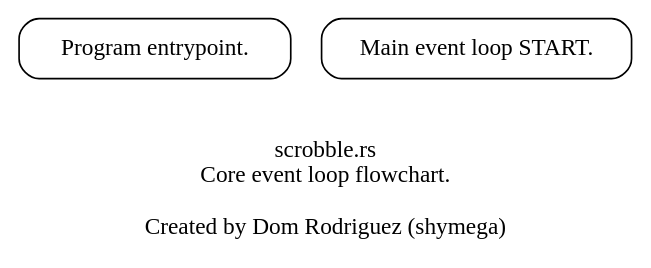
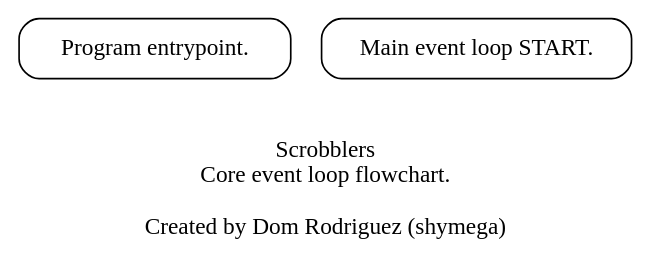
Before and after one commit to shymega/scrob: the diagram in docs/diagrams/main_event_loop/main_event_loop.dot, drawn with Graphviz. The commit also changed 8 other files, not shown here.

```diff
--- a/docs/diagrams/main_event_loop/main_event_loop.dot
+++ b/docs/diagrams/main_event_loop/main_event_loop.dot
@@ -1,15 +1,15 @@
 digraph scrobblers {
-    label = "\n\nscrobble.rs\nCore event loop flowchart.\n\nCreated by Dom Rodriguez (shymega)\n";
+    label = "\n\nScrobblers\nCore event loop flowchart.\n\nCreated by Dom Rodriguez (shymega)\n";
 
     rankdir = T;
     ranksep = 0.50;
     splines = true;
 
     node [
         shape = box
         style = rounded
     ];
 
     app_start [label = "Program entrypoint."];
     evt0_loop_start [label = "Main event loop START."];
 }
```
